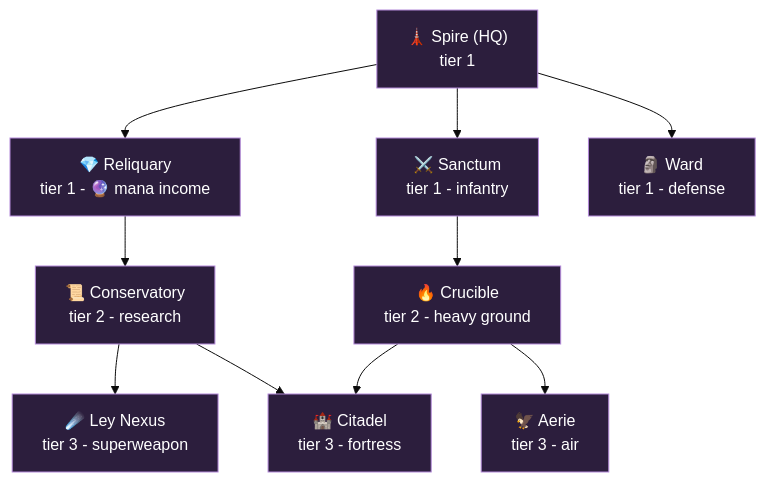
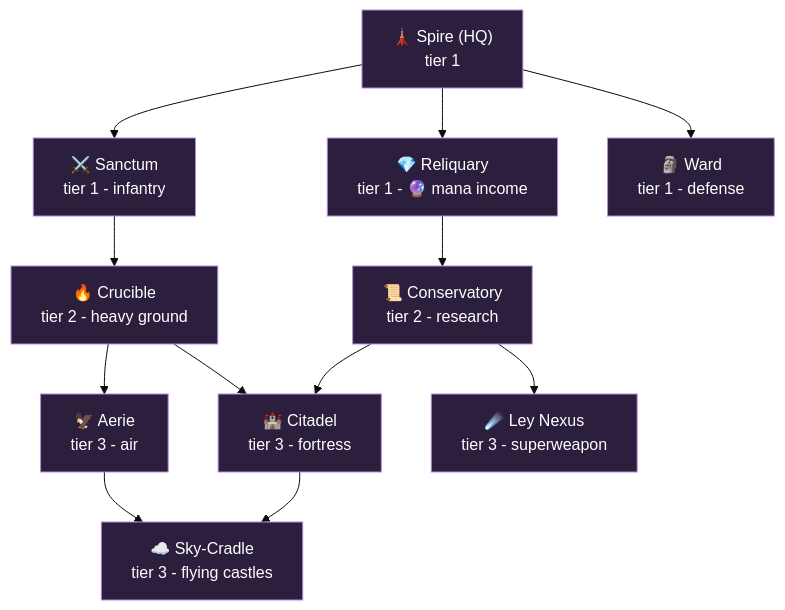
Before and after one commit to RubenTipparach/rts-99-jam: the first of 2 diagrams in docs/tech-tree.md, drawn with Mermaid (base theme). The commit also changed other lines of this file and 1 other file, not shown here.

First line of the commit message:
docs: hovering vs grounded buildings, and flying-castle capital ships

````diff
--- a/docs/tech-tree.md
+++ b/docs/tech-tree.md
@@ -137,25 +138,28 @@
 ```mermaid
 graph TD
     Spire["🗼 Spire (HQ)<br/>tier 1"]
     Reliquary["💎 Reliquary<br/>tier 1 - 🔮 mana income"]
     Sanctum["⚔️ Sanctum<br/>tier 1 - infantry"]
     Ward["🗿 Ward<br/>tier 1 - defense"]
     Crucible["🔥 Crucible<br/>tier 2 - heavy ground"]
     Conservatory["📜 Conservatory<br/>tier 2 - research"]
     Aerie["🦅 Aerie<br/>tier 3 - air"]
     Citadel["🏰 Citadel<br/>tier 3 - fortress"]
     LeyNexus["☄️ Ley Nexus<br/>tier 3 - superweapon"]
+    SkyCradle["☁️ Sky-Cradle<br/>tier 3 - flying castles"]
 
     Spire --> Reliquary
     Spire --> Sanctum
     Spire --> Ward
     Sanctum --> Crucible
     Reliquary --> Conservatory
     Crucible --> Aerie
     Crucible --> Citadel
     Conservatory --> Citadel
     Conservatory --> LeyNexus
+    Aerie --> SkyCradle
+    Citadel --> SkyCradle
 
     classDef astro fill:#2c1e3d,stroke:#b48ad9,color:#fff;
-    class Spire,Reliquary,Sanctum,Ward,Crucible,Conservatory,Aerie,Citadel,LeyNexus astro;
+    class Spire,Reliquary,Sanctum,Ward,Crucible,Conservatory,Aerie,Citadel,LeyNexus,SkyCradle astro;
 ```
````
